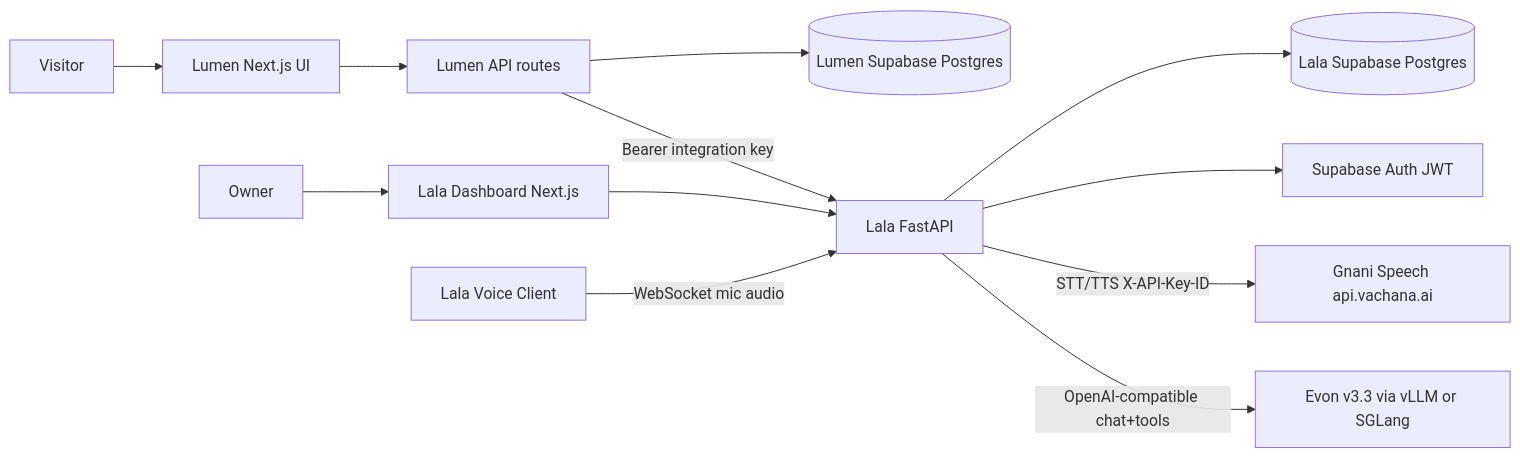
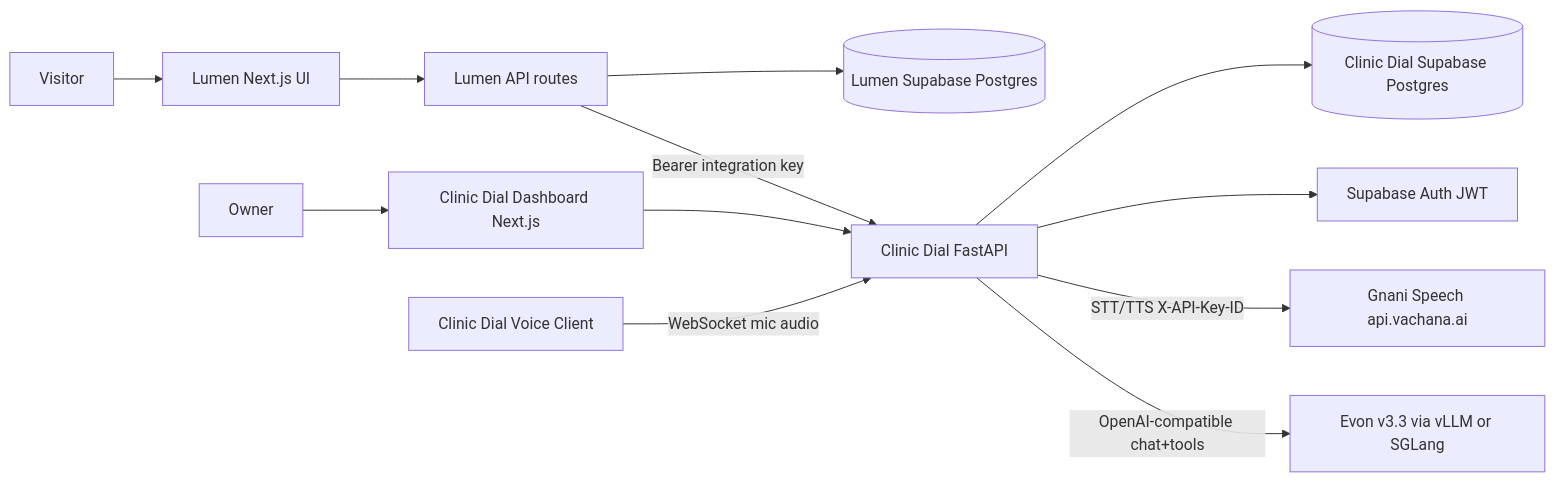
Before and after one commit to lalasa-seepana/lumen-admin: the diagram in docs/PRD.md, drawn with Mermaid. The commit also changed other lines of this file and 165 other files, not shown here.

````diff
--- a/docs/PRD.md
+++ b/docs/PRD.md
@@ -185,14 +185,14 @@
 ```mermaid
 flowchart LR
   Visitor --> LumenUI[Lumen Next.js UI]
   LumenUI --> LumenAPI[Lumen API routes]
   LumenAPI --> LumenDB[(Lumen Supabase Postgres)]
-  LumenAPI -->|"Bearer integration key"| LalaAPI[Lala FastAPI]
-  Owner --> Dash[Lala Dashboard Next.js]
+  LumenAPI -->|"Bearer integration key"| LalaAPI[Clinic Dial FastAPI]
+  Owner --> Dash[Clinic Dial Dashboard Next.js]
   Dash --> LalaAPI
-  LalaAPI --> LalaDB[(Lala Supabase Postgres)]
+  LalaAPI --> LalaDB[(Clinic Dial Supabase Postgres)]
   LalaAPI --> Auth[Supabase Auth JWT]
-  VoiceUI[Lala Voice Client] -->|"WebSocket mic audio"| LalaAPI
+  VoiceUI[Clinic Dial Voice Client] -->|"WebSocket mic audio"| LalaAPI
   LalaAPI -->|"STT/TTS X-API-Key-ID"| Gnani[Gnani Speech api.vachana.ai]
   LalaAPI -->|"OpenAI-compatible chat+tools"| Evon[Evon v3.3 via vLLM or SGLang]
 ```
````
